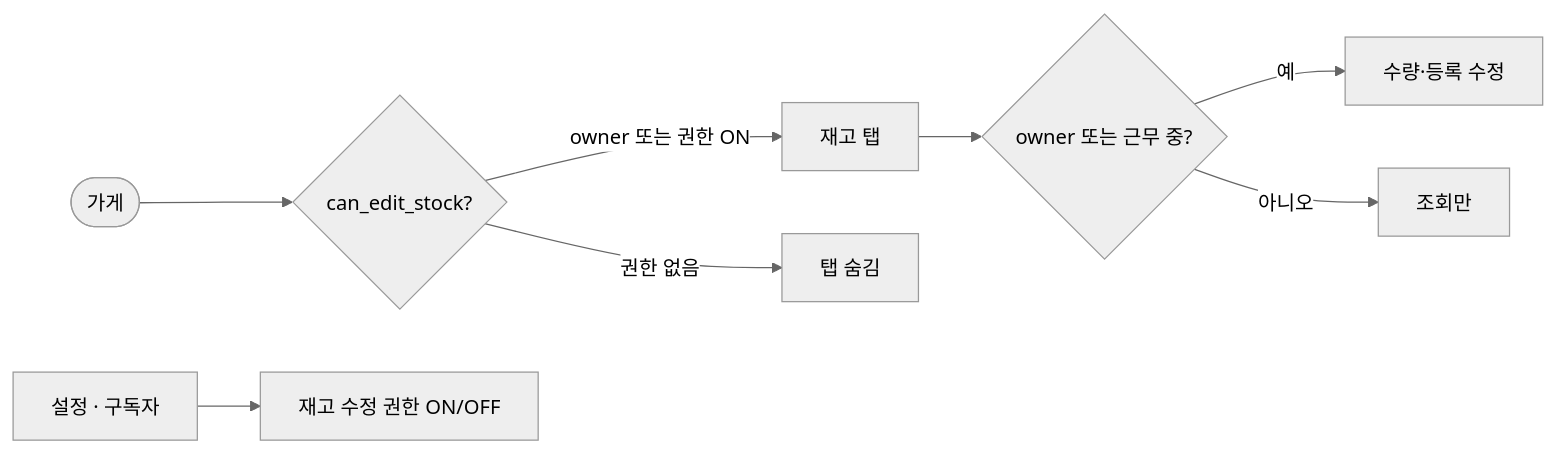
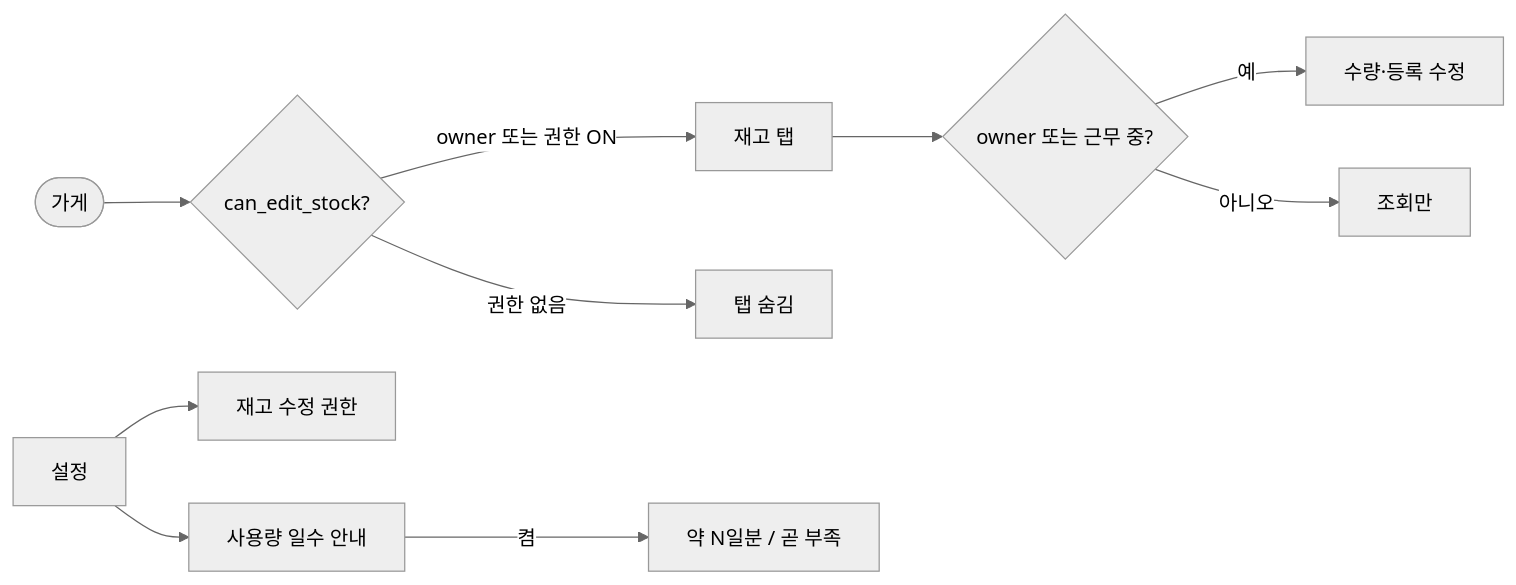
One commit to ohdeg/PBB changed diagram 11 of 26 in docs/PBB-유저-흐름도.md. Above: the diagram before and after it, drawn with Mermaid (neutral theme). The commit also changed other lines of this file and 94 other files, not shown here.

````diff
--- a/docs/PBB-유저-흐름도.md
+++ b/docs/PBB-유저-흐름도.md
@@ -256,10 +265,12 @@
 ```mermaid
 flowchart LR
     store([가게]) --> check{can_edit_stock?}
     check -->|"owner 또는 권한 ON"| stocksTab[재고 탭]
     check -->|"권한 없음"| hide[탭 숨김]
     stocksTab --> duty{owner 또는 근무 중?}
     duty -->|"예"| mutate[수량·등록 수정]
     duty -->|"아니오"| viewOnly[조회만]
-    ownerSettings[설정 · 구독자] --> grant[재고 수정 권한 ON/OFF]
+    ownerSettings[설정] --> grant[재고 수정 권한]
+    ownerSettings --> hint[사용량 일수 안내]
+    hint -->|"켬"| days[약 N일분 / 곧 부족]
 ```
````
